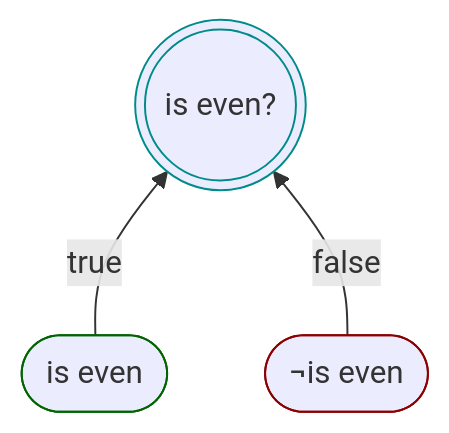
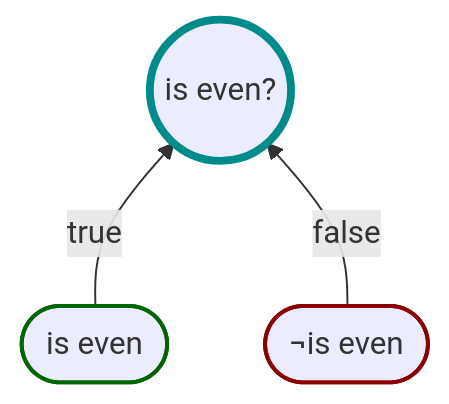
Before and after one commit to karlssberg/Motiv: the diagram in tutorial/MinimalProposition.md, drawn with Mermaid. The commit also changed 8 other files, not shown here.

Commit message:
restyled diagrams corrected typos

````diff
--- a/tutorial/MinimalProposition.md
+++ b/tutorial/MinimalProposition.md
@@ -5,9 +5,9 @@
 ```mermaid
 flowchart BT
-    True([is even]) -->|true| P(((is even?)))
+    True([is even]) -->|true| P((is even?))
     False([¬is even]) -->|false| P
 
-    style P stroke:darkcyan
-    style True stroke:darkgreen
-    style False stroke:darkred
+    style P stroke:darkcyan,stroke-width:4px
+    style True stroke:darkgreen,stroke-width:2px
+    style False stroke:darkred,stroke-width:2px
 ```
````
